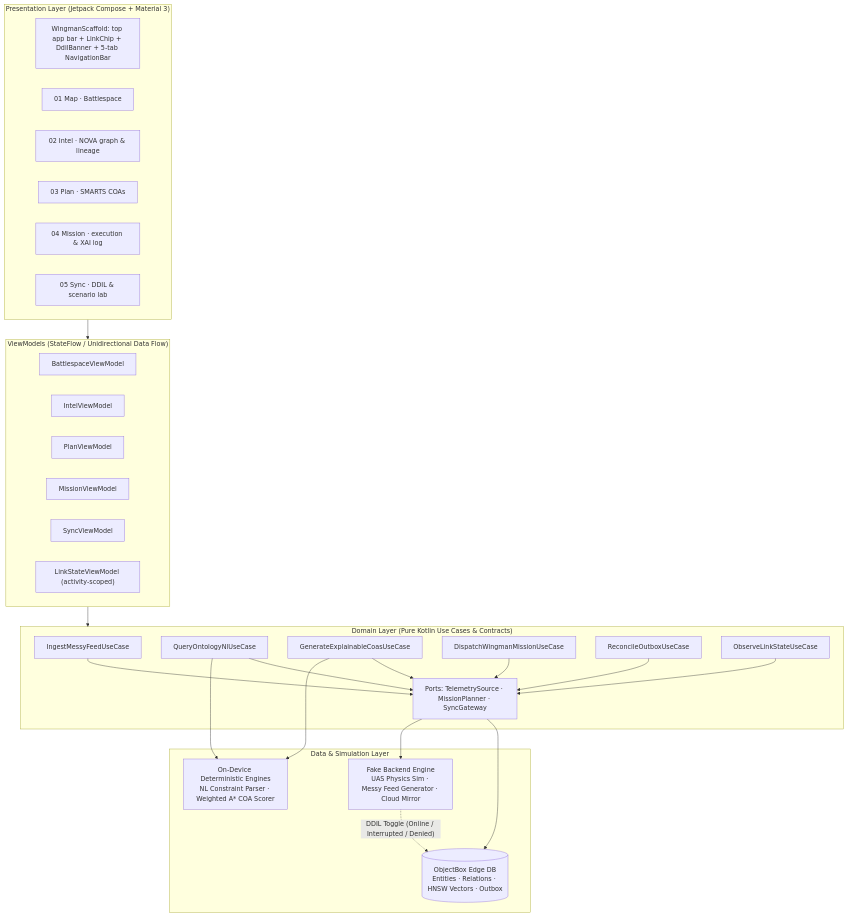
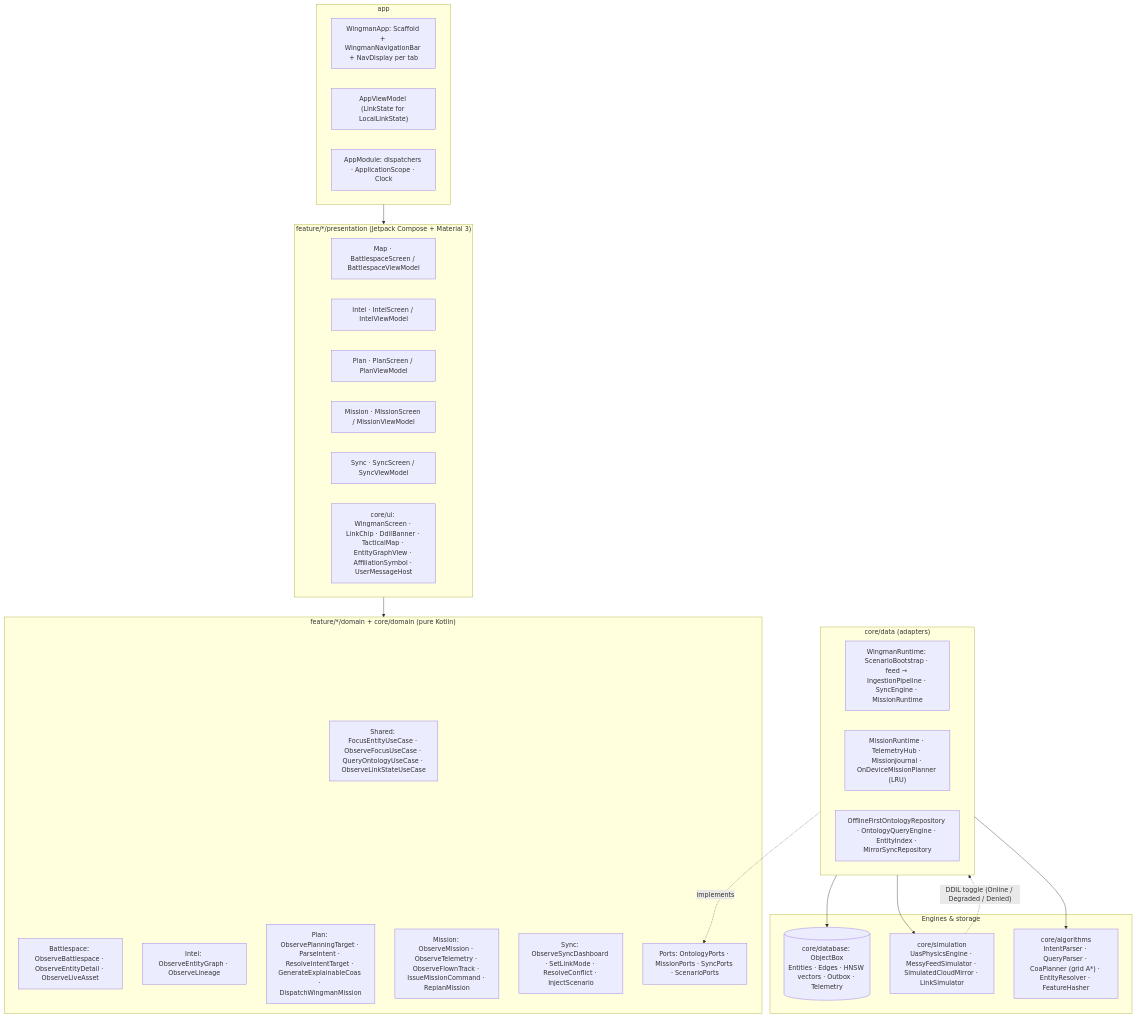
Before and after one commit to andreij6/wingman-c2: the first of 2 diagrams in docs/ARCHITECTURE.md, drawn with Mermaid. The commit also changed other lines of this file and 194 other files, not shown here.

First line of the commit message:
Review pass: planner realism, shared primitives, leaner ports and UI kit

````diff
--- a/docs/ARCHITECTURE.md
+++ b/docs/ARCHITECTURE.md
@@ -24,43 +24,47 @@
 ```mermaid
 flowchart TB
-    subgraph UI["Presentation Layer (Jetpack Compose + Material 3)"]
-        SC["WingmanScaffold: top app bar + LinkChip + DdilBanner + 5-tab NavigationBar"]
-        S1["01 Map · Battlespace"]
-        S2["02 Intel · NOVA graph & lineage"]
-        S3["03 Plan · SMARTS COAs"]
-        S4["04 Mission · execution & XAI log"]
-        S5["05 Sync · DDIL & scenario lab"]
+    subgraph APP["app"]
+        WA["WingmanApp: Scaffold + WingmanNavigationBar + NavDisplay per tab"]
+        AVM["AppViewModel (LinkState for LocalLinkState)"]
+        AM["AppModule: dispatchers · ApplicationScope · Clock"]
     end
 
-    subgraph VM["ViewModels (StateFlow / Unidirectional Data Flow)"]
-        VM1["BattlespaceViewModel"]
-        VM2["IntelViewModel"]
-        VM3["PlanViewModel"]
-        VM4["MissionViewModel"]
-        VM5["SyncViewModel"]
-        VML["LinkStateViewModel (activity-scoped)"]
+    subgraph UI["feature/*/presentation (Jetpack Compose + Material 3)"]
+        S1["Map · BattlespaceScreen / BattlespaceViewModel"]
+        S2["Intel · IntelScreen / IntelViewModel"]
+        S3["Plan · PlanScreen / PlanViewModel"]
+        S4["Mission · MissionScreen / MissionViewModel"]
+        S5["Sync · SyncScreen / SyncViewModel"]
+        CUI["core/ui: WingmanScreen · LinkChip · DdilBanner · TacticalMap · EntityGraphView · AffiliationSymbol · UserMessageHost"]
     end
 
-    subgraph DOMAIN["Domain Layer (Pure Kotlin Use Cases & Contracts)"]
-        UC1["IngestMessyFeedUseCase"]
-        UC2["QueryOntologyNlUseCase"]
-        UC3["GenerateExplainableCoasUseCase"]
-        UC4["DispatchWingmanMissionUseCase"]
-        UC5["ReconcileOutboxUseCase"]
-        UC6["ObserveLinkStateUseCase"]
-        IF["Ports: TelemetrySource · MissionPlanner · SyncGateway"]
+    subgraph DOMAIN["feature/*/domain + core/domain (pure Kotlin)"]
+        UCF["Shared: FocusEntityUseCase · ObserveFocusUseCase · QueryOntologyUseCase · ObserveLinkStateUseCase"]
+        UCB["Battlespace: ObserveBattlespace · ObserveEntityDetail · ObserveLiveAsset"]
+        UCI["Intel: ObserveEntityGraph · ObserveLineage"]
+        UCP["Plan: ObservePlanningTarget · ParseIntent · ResolveIntentTarget · GenerateExplainableCoas · DispatchWingmanMission"]
+        UCM["Mission: ObserveMission · ObserveTelemetry · ObserveFlownTrack · IssueMissionCommand · ReplanMission"]
+        UCS["Sync: ObserveSyncDashboard · SetLinkMode · ResolveConflict · InjectScenario"]
+        IF["Ports: OntologyPorts · MissionPorts · SyncPorts · ScenarioPorts"]
     end
 
-    subgraph DATA["Data & Simulation Layer"]
-        OB[("ObjectBox Edge DB\nEntities · Relations · HNSW Vectors · Outbox")]
-        SIM["Fake Backend Engine\nUAS Physics Sim · Messy Feed Generator · Cloud Mirror"]
-        XAI["On-Device Deterministic Engines\nNL Constraint Parser · Weighted A* COA Scorer"]
+    subgraph DATA["core/data (adapters)"]
+        RT["WingmanRuntime: ScenarioBootstrap · feed → IngestionPipeline · SyncEngine · MissionRuntime"]
+        MR["MissionRuntime · TelemetryHub · MissionJournal · OnDeviceMissionPlanner (LRU)"]
+        OR["OfflineFirstOntologyRepository · OntologyQueryEngine · EntityIndex · MirrorSyncRepository"]
     end
 
-    UI --> VM --> DOMAIN
-    UC1 & UC2 & UC3 & UC4 & UC5 & UC6 --> IF
-    IF --> OB
-    IF --> SIM
-    UC2 & UC3 --> XAI
-    SIM -. "DDIL Toggle (Online / Interrupted / Denied)" .-> OB
+    subgraph CORE["Engines & storage"]
+        OB[("core/database: ObjectBox\nEntities · Edges · HNSW vectors · Outbox · Telemetry")]
+        SIM["core/simulation\nUasPhysicsEngine · MessyFeedSimulator · SimulatedCloudMirror · LinkSimulator"]
+        ALG["core/algorithms\nIntentParser · QueryParser · CoaPlanner (grid A*) · EntityResolver · FeatureHasher"]
+    end
+
+    APP --> UI --> DOMAIN
+    DOMAIN --> IF
+    DATA -. implements .-> IF
+    DATA --> OB
+    DATA --> SIM
+    DATA --> ALG
+    SIM -. "DDIL toggle (Online / Degraded / Denied)" .-> DATA
 ```
````
